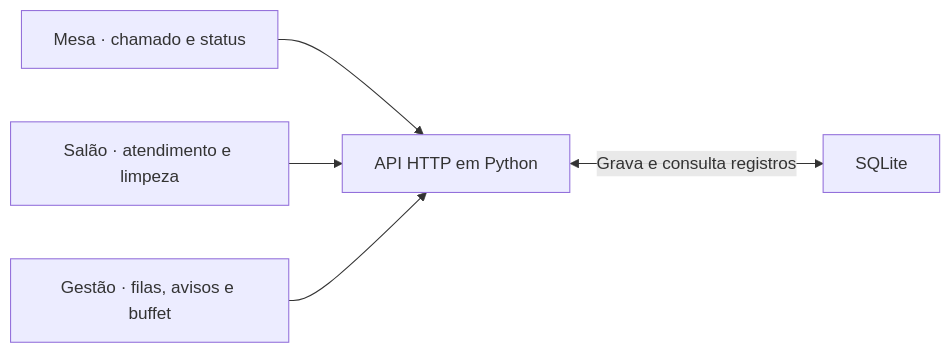
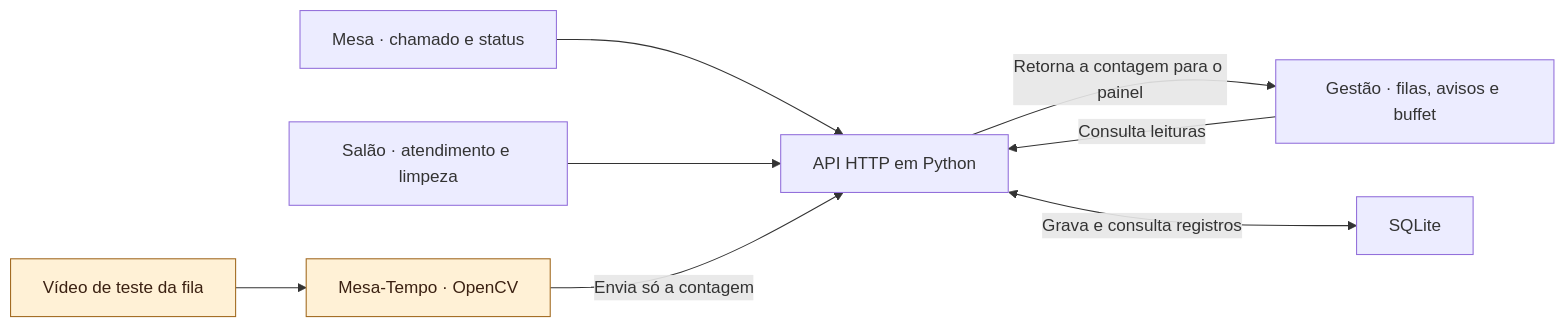
The diagram in README.md (biibiahh24/Mesa-Atenta--Hackathon), drawn with Mermaid before and after one commit. The commit also changed other lines of this file, not shown here.

Commit message:
Destaca integração do Mesa-Tempo no README

````diff
--- a/README.md
+++ b/README.md
@@ -58,7 +67,12 @@
 ```mermaid
 flowchart LR
     Mesa["Mesa · chamado e status"] --> API["API HTTP em Python"]
     Salao["Salão · atendimento e limpeza"] --> API
-    Gestao["Gestão · filas, avisos e buffet"] --> API
+    Video["Vídeo de teste da fila"] --> Detector["Mesa-Tempo · OpenCV"]
+    Detector -->|Envia só a contagem| API
+    Gestao["Gestão · filas, avisos e buffet"] -->|Consulta leituras| API
+    API -->|Retorna a contagem para o painel| Gestao
+    classDef visao fill:#fff1d6,stroke:#a1691f,color:#3b2112
+    class Video,Detector visao
     API <-->|Grava e consulta registros| Banco["SQLite"]
 ```
````
